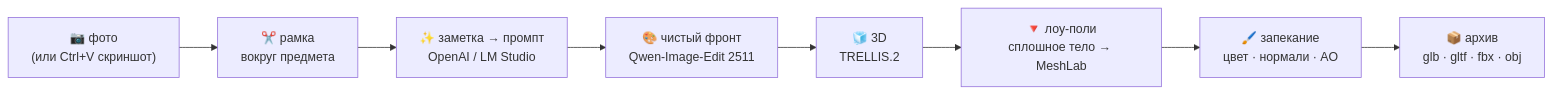
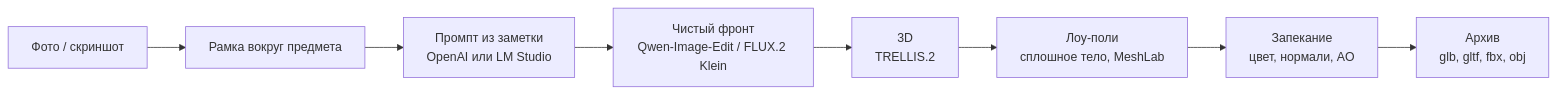
One commit to creatoff/propgen changed the diagram in README.md. Above: the diagram before and after it, drawn with Mermaid. The commit also changed other lines of this file and 12 other files, not shown here.

````diff
--- a/README.md
+++ b/README.md
@@ -38,10 +31,10 @@
 ```mermaid
 flowchart LR
-    A["📷 фото<br/>(или Ctrl+V скриншот)"] --> B["✂️ рамка<br/>вокруг предмета"]
-    B --> C["✨ заметка → промпт<br/>OpenAI / LM Studio"]
-    C --> D["🎨 чистый фронт<br/>Qwen-Image-Edit 2511"]
-    D --> E["🧊 3D<br/>TRELLIS.2"]
-    E --> F["🔻 лоу-поли<br/>сплошное тело → MeshLab"]
-    F --> G["🖌️ запекание<br/>цвет · нормали · AO"]
-    G --> H["📦 архив<br/>glb · gltf · fbx · obj"]
+    A["Фото / скриншот"] --> B["Рамка вокруг предмета"]
+    B --> C["Промпт из заметки<br/>OpenAI или LM Studio"]
+    C --> D["Чистый фронт<br/>Qwen-Image-Edit / FLUX.2 Klein"]
+    D --> E["3D<br/>TRELLIS.2"]
+    E --> F["Лоу-поли<br/>сплошное тело, MeshLab"]
+    F --> G["Запекание<br/>цвет, нормали, AO"]
+    G --> H["Архив<br/>glb, gltf, fbx, obj"]
 ```
````
